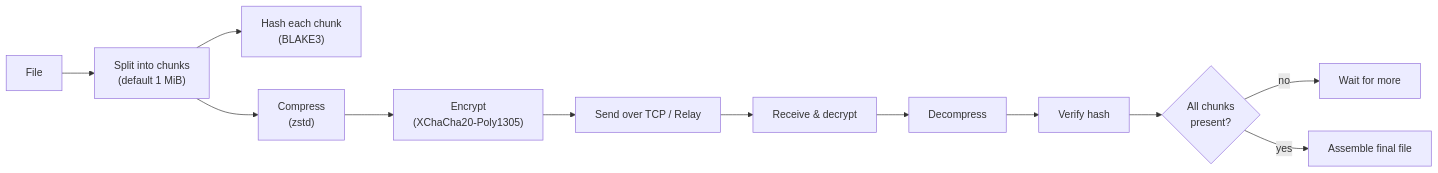
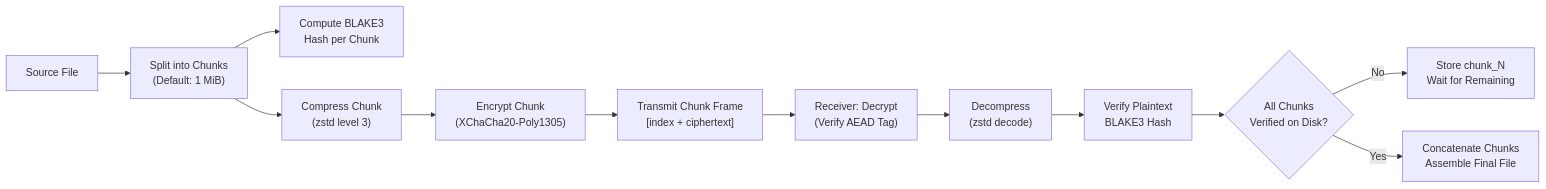
One commit to Sonalhegde/durasend changed the first of 6 diagrams in README.md. Above: the diagram before and after it, drawn with Mermaid. The commit also changed other lines of this file, not shown here.

Commit message:
docs: enrich README.md with comprehensive flowcharts, network topologies, wire protocol specs, and instruction guides

````diff
--- a/README.md
+++ b/README.md
@@ -39,14 +64,14 @@
 ```mermaid
 flowchart LR
-    A[File] --> B["Split into chunks<br/>(default 1 MiB)"]
-    B --> C["Hash each chunk<br/>(BLAKE3)"]
-    B --> D["Compress<br/>(zstd)"]
-    D --> E["Encrypt<br/>(XChaCha20-Poly1305)"]
-    E --> F[Send over TCP / Relay]
-    F --> G[Receive & decrypt]
-    G --> H[Decompress]
-    H --> I[Verify hash]
-    I --> J{"All chunks<br/>present?"}
-    J -- no --> K[Wait for more]
-    J -- yes --> L[Assemble final file]
+    A["Source File"] --> B["Split into Chunks<br/>(Default: 1 MiB)"]
+    B --> C["Compute BLAKE3<br/>Hash per Chunk"]
+    B --> D["Compress Chunk<br/>(zstd level 3)"]
+    D --> E["Encrypt Chunk<br/>(XChaCha20-Poly1305)"]
+    E --> F["Transmit Chunk Frame<br/>[index + ciphertext]"]
+    F --> G["Receiver: Decrypt<br/>(Verify AEAD Tag)"]
+    G --> H["Decompress<br/>(zstd decode)"]
+    H --> I["Verify Plaintext<br/>BLAKE3 Hash"]
+    I --> J{"All Chunks<br/>Verified on Disk?"}
+    J -- No --> K["Store chunk_N<br/>Wait for Remaining"]
+    J -- Yes --> L["Concatenate Chunks<br/>Assemble Final File"]
 ```
````
